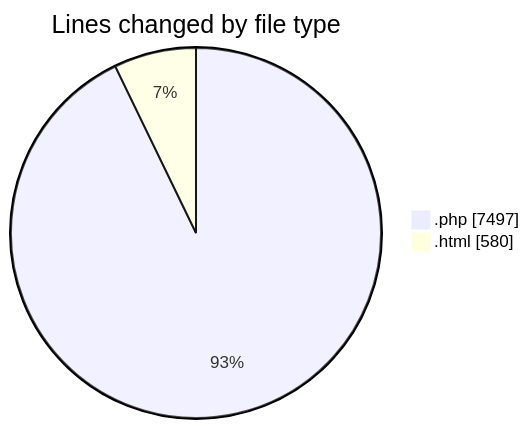
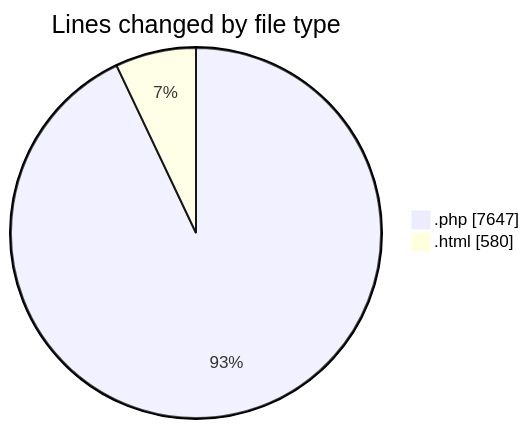
One commit to lephambinh05/code-tracking changed the first of 2 diagrams in 2025-09-02/quytuthien_vn/README.md. Above: the diagram before and after it, drawn with Mermaid. The commit also changed other lines of this file and 1 other file, not shown here.

````diff
--- a/2025-09-02/quytuthien_vn/README.md
+++ b/2025-09-02/quytuthien_vn/README.md
@@ -35,6 +46,6 @@
 ```mermaid
 pie showData
 title Lines changed by file type
-".php" : 7497
+".php" : 7647
 ".html" : 580
 ```
````
